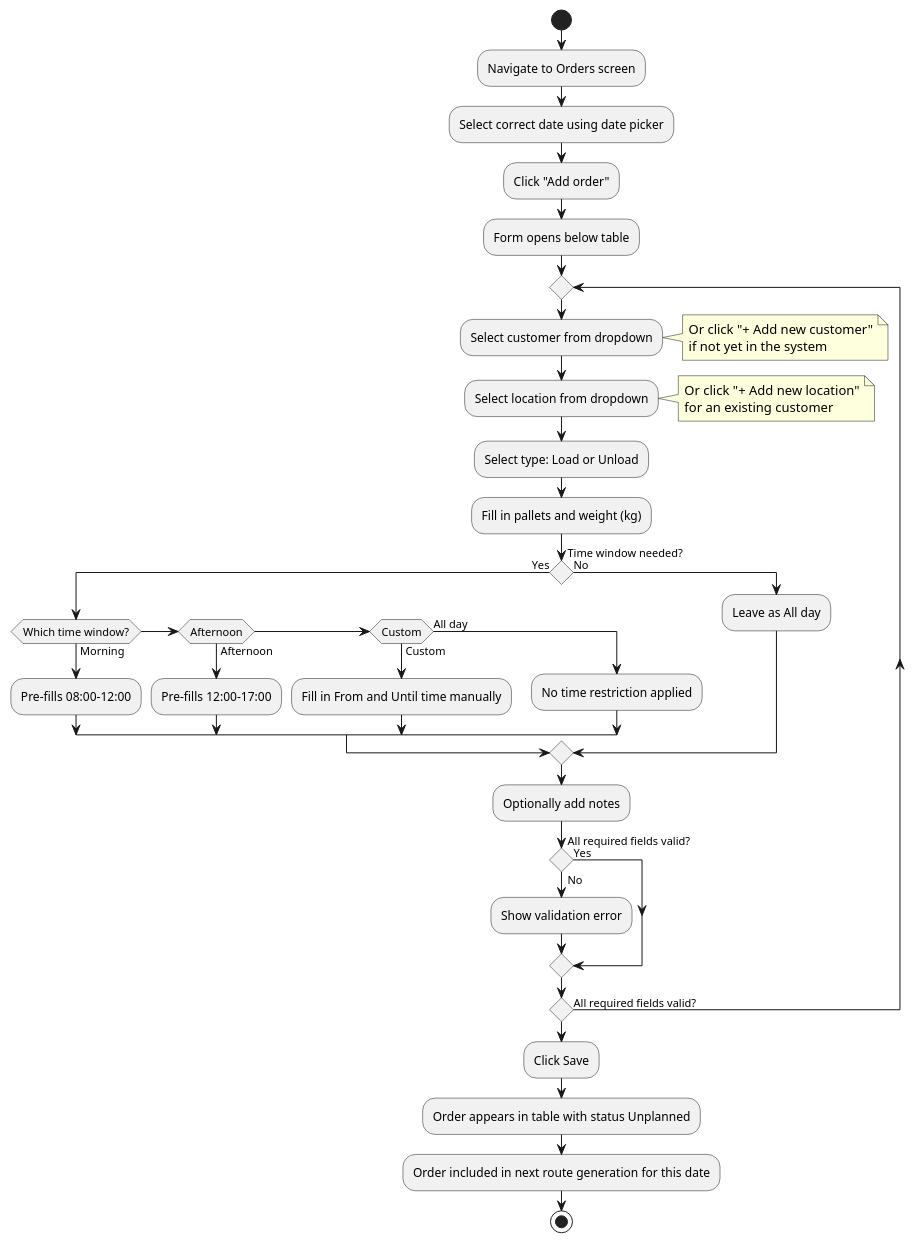
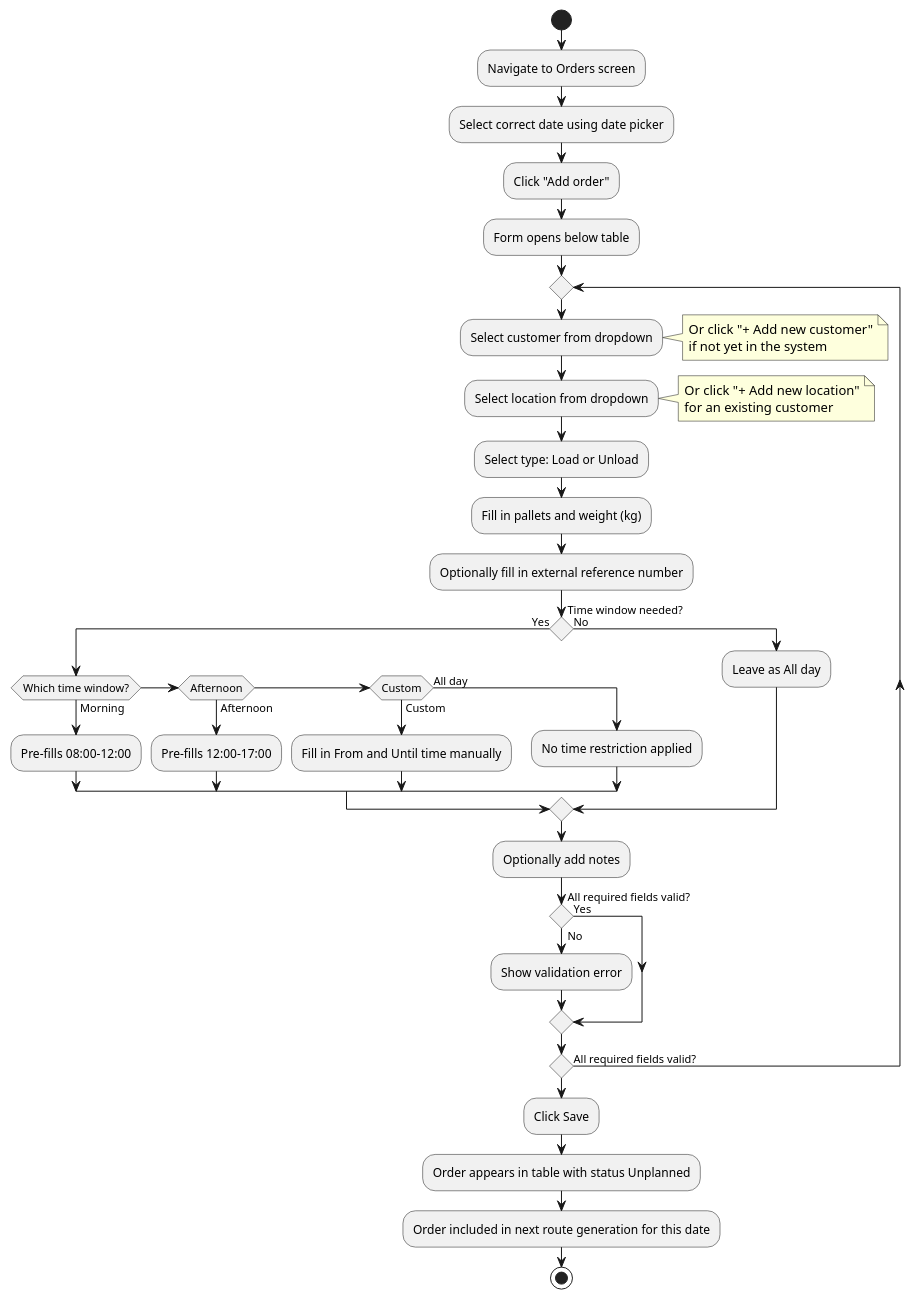
One commit to softwharee/gradrepo changed the third of 5 diagrams in functional-design/readme.md. Above: the diagram before and after it, drawn with PlantUML. The commit also changed other lines of this file and 2 other files, not shown here.

````diff
--- a/functional-design/readme.md
+++ b/functional-design/readme.md
@@ -758,47 +828,48 @@
 ```plantuml
 @startuml
 skinparam conditionStyle diamond
 
 start
 :Navigate to Orders screen;
 :Select correct date using date picker;
 :Click "Add order";
 :Form opens below table;
 
 repeat
   :Select customer from dropdown;
   note right: Or click "+ Add new customer"\nif not yet in the system
   :Select location from dropdown;
   note right: Or click "+ Add new location"\nfor an existing customer
   :Select type: Load or Unload;
   :Fill in pallets and weight (kg);
+  :Optionally fill in external reference number;
 
   if (Time window needed?) then (Yes)
     if (Which time window?) then (Morning)
       :Pre-fills 08:00–12:00;
     else if (Afternoon) then (Afternoon)
       :Pre-fills 12:00–17:00;
     else if (Custom) then (Custom)
       :Fill in From and Until time manually;
     else (All day)
       :No time restriction applied;
     endif
   else (No)
     :Leave as All day;
   endif
 
   :Optionally add notes;
 
   if (All required fields valid?) then (Yes)
   else (No)
     :Show validation error;
   endif
 repeat while (All required fields valid?) is (No)
 
 :Click Save;
 :Order appears in table with status Unplanned;
 :Order included in next route generation for this date;
 
 stop
 @enduml
 ```
````
